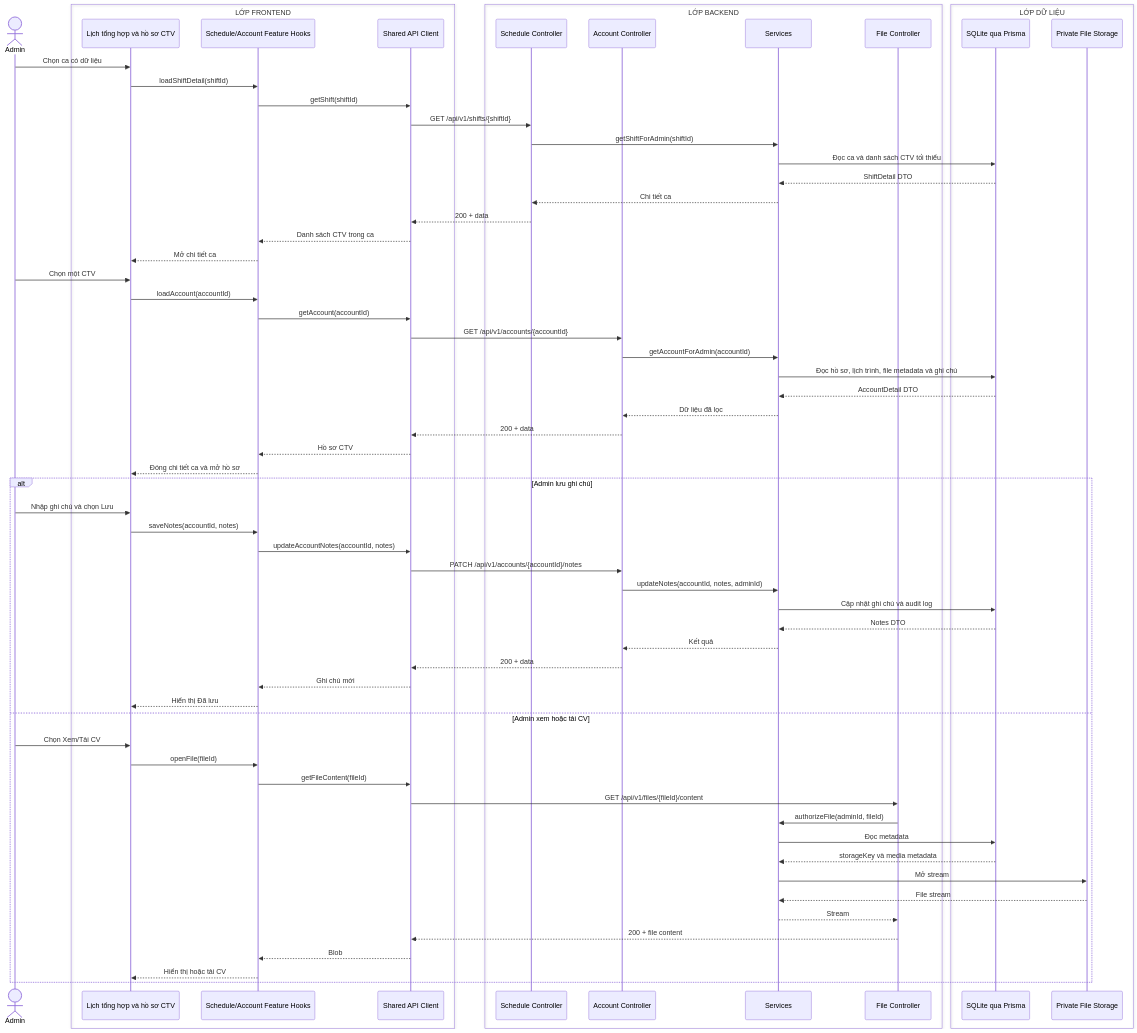
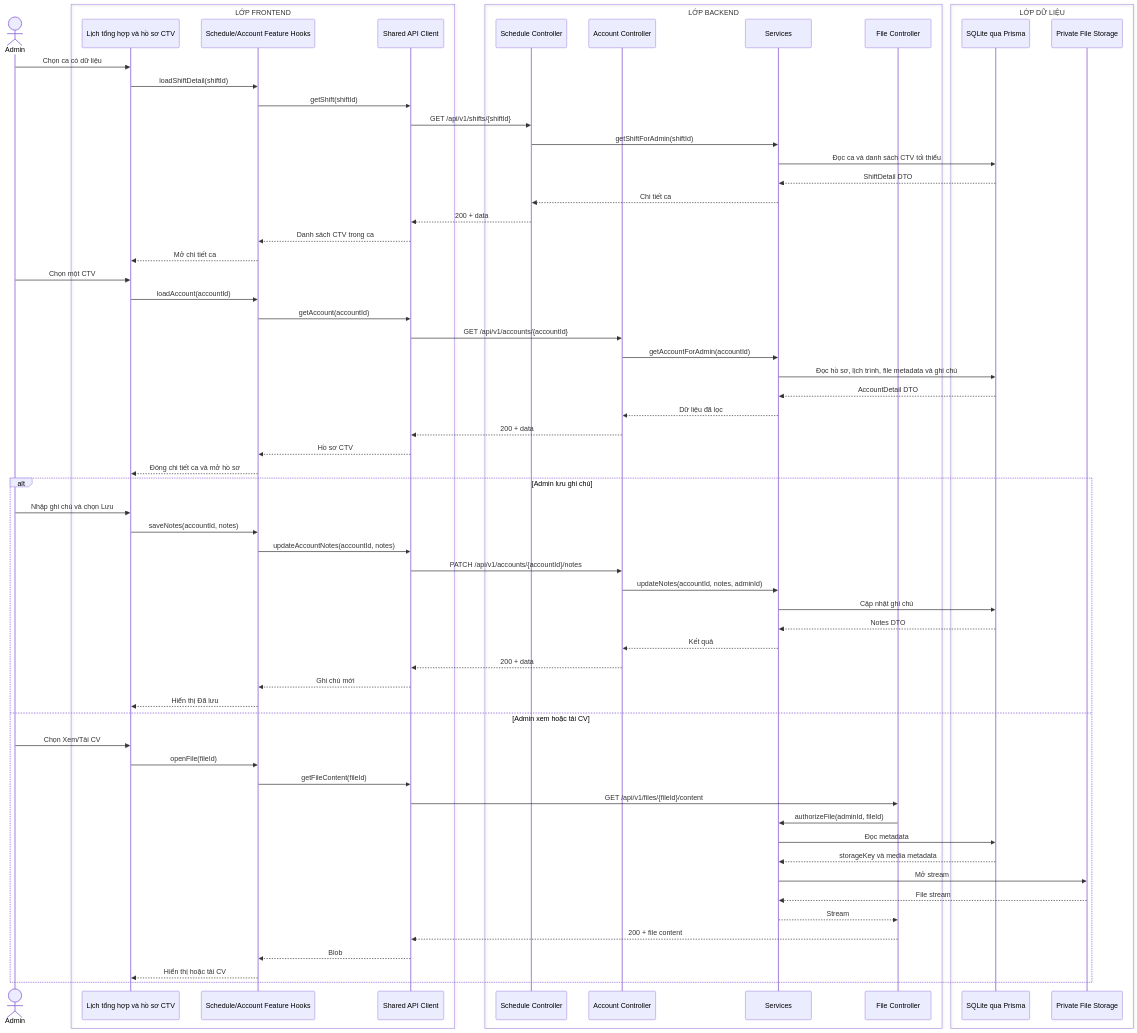
One commit to MINHDZVODICH/ctv-manage changed the diagram in docs/sequence-diagrams/12-xem-chi-tiet-ca-va-ho-so-ctv.md. Above: the diagram before and after it, drawn with Mermaid. The commit also changed 89 other files, not shown here.

````diff
--- a/docs/sequence-diagrams/12-xem-chi-tiet-ca-va-ho-so-ctv.md
+++ b/docs/sequence-diagrams/12-xem-chi-tiet-ca-va-ho-so-ctv.md
@@ -5,71 +5,71 @@
 ```mermaid
 sequenceDiagram
     actor A as Admin
     box LỚP FRONTEND
         participant UI as Lịch tổng hợp và hồ sơ CTV
         participant H as Schedule/Account Feature Hooks
         participant API as Shared API Client
     end
     box LỚP BACKEND
         participant SC as Schedule Controller
         participant AC as Account Controller
         participant S as Services
         participant FC as File Controller
     end
     box LỚP DỮ LIỆU
         participant DB as SQLite qua Prisma
         participant FS as Private File Storage
     end
 
     A->>UI: Chọn ca có dữ liệu
     UI->>H: loadShiftDetail(shiftId)
     H->>API: getShift(shiftId)
     API->>SC: GET /api/v1/shifts/{shiftId}
     SC->>S: getShiftForAdmin(shiftId)
     S->>DB: Đọc ca và danh sách CTV tối thiểu
     DB-->>S: ShiftDetail DTO
     S-->>SC: Chi tiết ca
     SC-->>API: 200 + data
     API-->>H: Danh sách CTV trong ca
     H-->>UI: Mở chi tiết ca
 
     A->>UI: Chọn một CTV
     UI->>H: loadAccount(accountId)
     H->>API: getAccount(accountId)
     API->>AC: GET /api/v1/accounts/{accountId}
     AC->>S: getAccountForAdmin(accountId)
     S->>DB: Đọc hồ sơ, lịch trình, file metadata và ghi chú
     DB-->>S: AccountDetail DTO
     S-->>AC: Dữ liệu đã lọc
     AC-->>API: 200 + data
     API-->>H: Hồ sơ CTV
     H-->>UI: Đóng chi tiết ca và mở hồ sơ
 
     alt Admin lưu ghi chú
         A->>UI: Nhập ghi chú và chọn Lưu
         UI->>H: saveNotes(accountId, notes)
         H->>API: updateAccountNotes(accountId, notes)
         API->>AC: PATCH /api/v1/accounts/{accountId}/notes
         AC->>S: updateNotes(accountId, notes, adminId)
-        S->>DB: Cập nhật ghi chú và audit log
+        S->>DB: Cập nhật ghi chú
         DB-->>S: Notes DTO
         S-->>AC: Kết quả
         AC-->>API: 200 + data
         API-->>H: Ghi chú mới
         H-->>UI: Hiển thị Đã lưu
     else Admin xem hoặc tải CV
         A->>UI: Chọn Xem/Tải CV
         UI->>H: openFile(fileId)
         H->>API: getFileContent(fileId)
         API->>FC: GET /api/v1/files/{fileId}/content
         FC->>S: authorizeFile(adminId, fileId)
         S->>DB: Đọc metadata
         DB-->>S: storageKey và media metadata
         S->>FS: Mở stream
         FS-->>S: File stream
         S-->>FC: Stream
         FC-->>API: 200 + file content
         API-->>H: Blob
         H-->>UI: Hiển thị hoặc tải CV
     end
 ```
````
